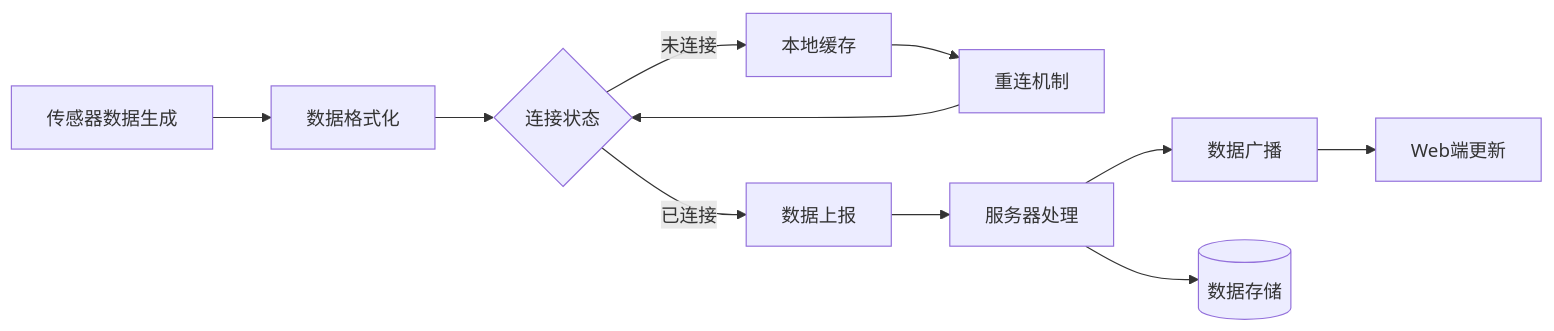
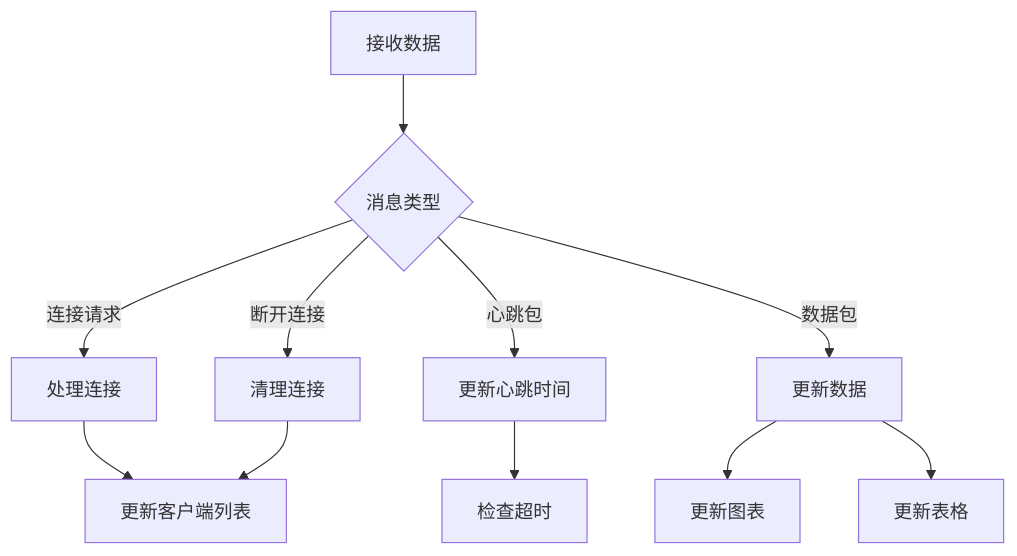
The fourth of 4 diagrams in REPORT.md (MakiWinster/Tempre), drawn with Mermaid before and after one commit. The commit also changed other lines of this file and 34 other files, not shown here.

````diff
--- a/REPORT.md
+++ b/REPORT.md
@@ -78,13 +262,14 @@
 ```mermaid
-flowchart LR
-    A[传感器数据生成] --> B[数据格式化]
-    B --> C{连接状态}
-    C -->|已连接| D[数据上报]
-    C -->|未连接| E[本地缓存]
-    E --> F[重连机制]
-    F --> C
-    D --> G[服务器处理]
-    G --> H[数据广播]
-    H --> I[Web端更新]
-    G --> J[(数据存储)]
+flowchart TB
+    A[接收数据] --> B{消息类型}
+    B -->|连接请求| C[处理连接]
+    B -->|心跳包| D[更新心跳时间]
+    B -->|数据包| E[更新数据]
+    B -->|断开连接| F[清理连接]
+    
+    C --> G[更新客户端列表]
+    D --> H[检查超时]
+    E --> I[更新图表]
+    E --> J[更新表格]
+    F --> G
 ```
````
